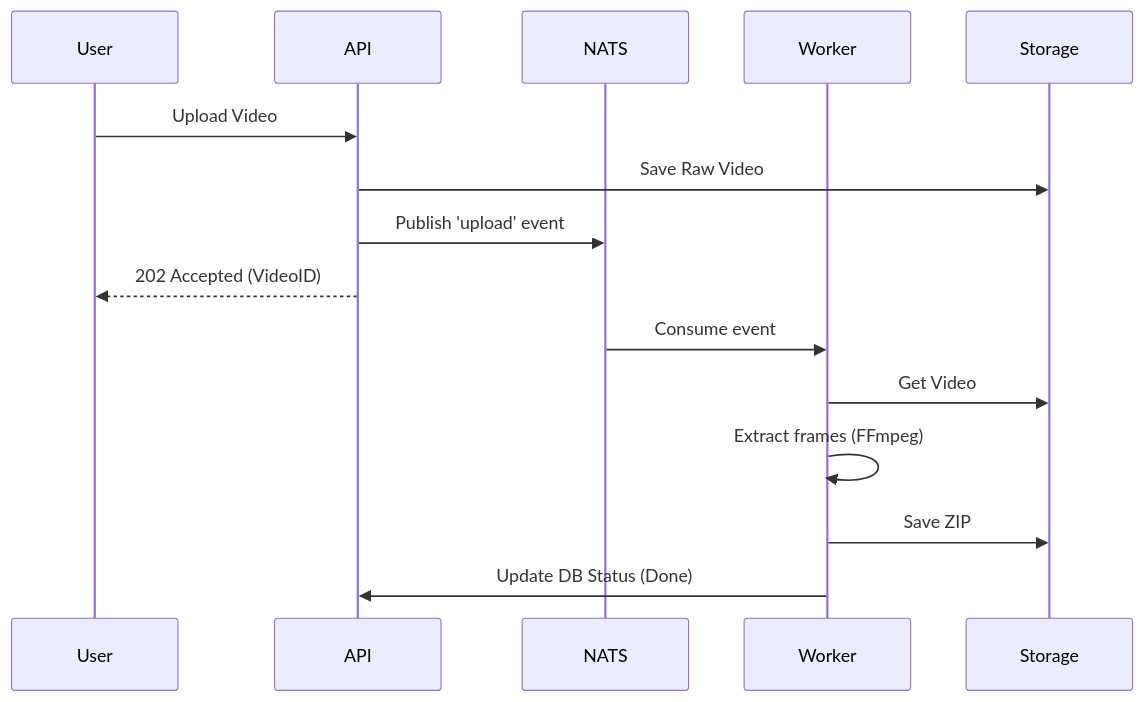
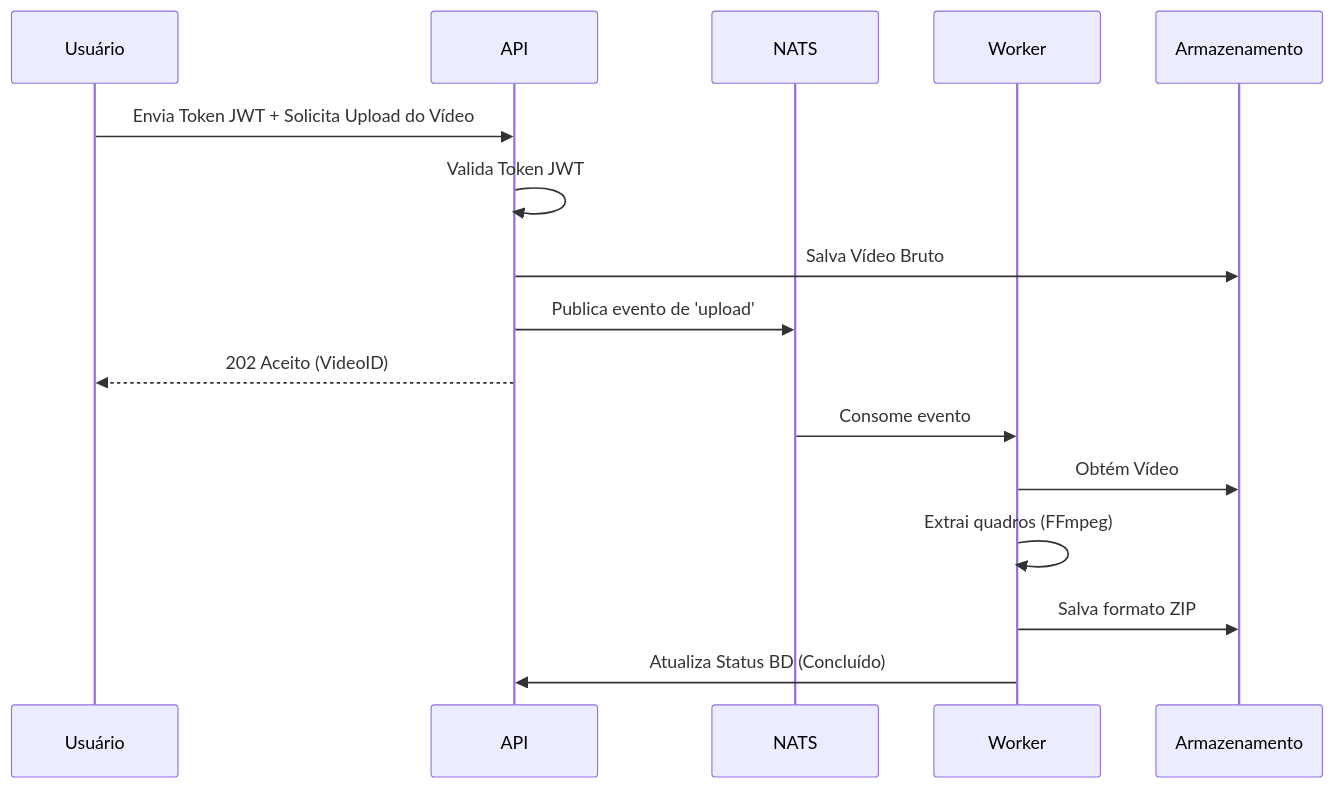
The fourth of 4 diagrams in docs/architecture.md (elvismariel/grupo-140-fiapx), drawn with Mermaid before and after one commit. The commit also changed other lines of this file and 1 other file, not shown here.

````diff
--- a/docs/architecture.md
+++ b/docs/architecture.md
@@ -98,19 +115,20 @@
 ```mermaid
 sequenceDiagram
-    participant U as User
+    participant U as Usuário
     participant A as API
     participant N as NATS
     participant W as Worker
-    participant S as Storage
+    participant S as Armazenamento
 
-    U->>A: Upload Video
-    A->>S: Save Raw Video
-    A->>N: Publish 'upload' event
-    A-->>U: 202 Accepted (VideoID)
+    U->>A: Envia Token JWT + Solicita Upload do Vídeo
+    A->>A: Valida Token JWT
+    A->>S: Salva Vídeo Bruto
+    A->>N: Publica evento de 'upload'
+    A-->>U: 202 Aceito (VideoID)
     
-    N->>W: Consume event
-    W->>S: Get Video
-    W->>W: Extract frames (FFmpeg)
-    W->>S: Save ZIP
-    W->>A: Update DB Status (Done)
+    N->>W: Consome evento
+    W->>S: Obtém Vídeo
+    W->>W: Extrai quadros (FFmpeg)
+    W->>S: Salva formato ZIP
+    W->>A: Atualiza Status BD (Concluído)
 ```
````
